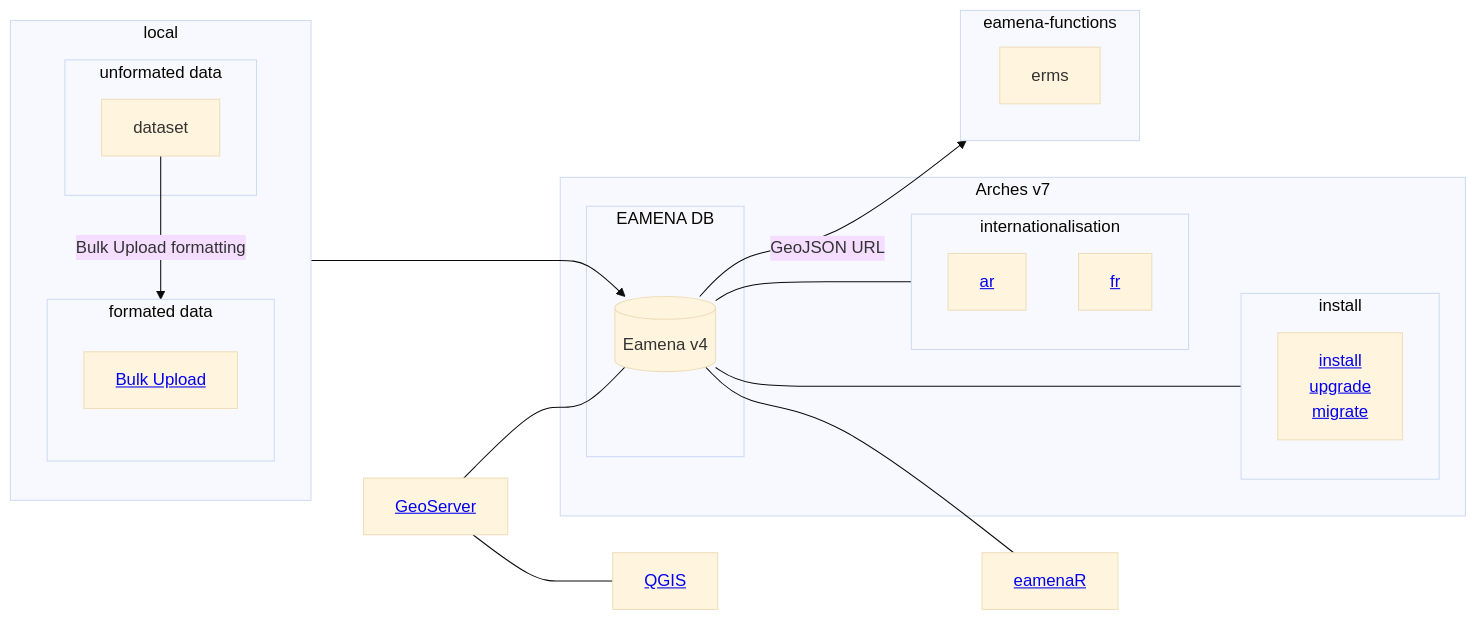
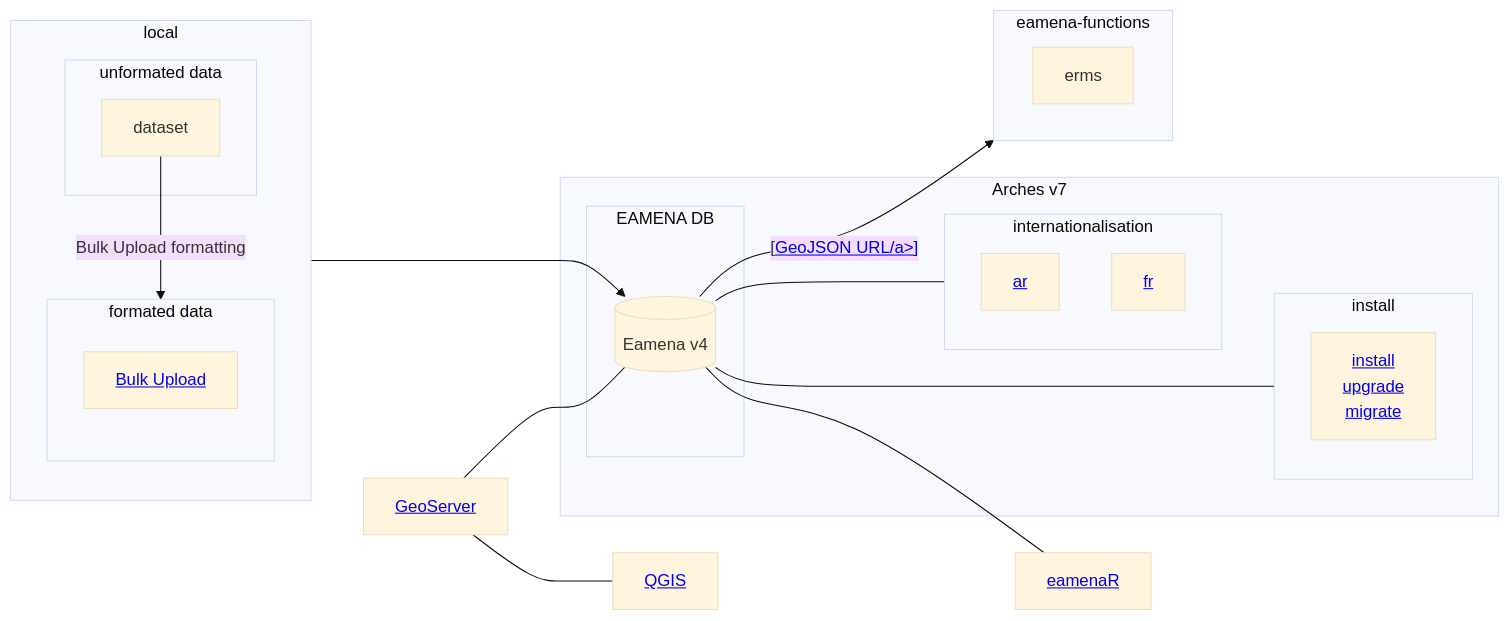
The diagram in dbs/database.eamena/README.md (eamena-project/eamena-arches-dev), drawn with Mermaid (base theme) before and after one commit. The commit also changed other lines of this file, not shown here.

Commit message:
workflow db

````diff
--- a/dbs/database.eamena/README.md
+++ b/dbs/database.eamena/README.md
@@ -5,36 +5,36 @@
 ```mermaid
 flowchart LR
   subgraph Arches v7
     subgraph EAMENA DB
     ea[(Eamena v4)]
     end
     subgraph internationalisation
       id6[<a href='https://github.com/eamena-project/eamena-arches-dev/tree/main/dbs/database.eamena/internationalisation'>ar</a>];
       id7[<a href='https://github.com/eamena-project/eamena-arches-dev/tree/main/dbs/database.eamena/internationalisation'>fr</a>];
     end 
     subgraph install
       id8[<a href='https://github.com/eamena-project/eamena-arches-dev/tree/main/dbs/database.eamena/install'>install<br>upgrade<br>migrate</a>];
     end 
   end
   id3[<a href='https://github.com/eamena-project/eamena-arches-dev/tree/main/geoserver'>GeoServer</a>] --- ea;
   id3 --- id4[<a href='https://github.com/eamena-project/eamena-arches-dev/tree/main/gis/qgis'>QGIS</a>];
   subgraph local
     direction TB
     subgraph unformated data
       id9A[dataset]
     end
     subgraph formated data
       direction TB
       id9A -- Bulk Upload formatting --> id9B[<a href='https://github.com/eamena-project/eamena-arches-dev/tree/main/data/bulk#readme'>Bulk Upload</a>]
       id9B ---> ea;
     end
   end
   subgraph eamena-functions
     direction LR
     idf1[erms]
   end
-  ea -- GeoJSON URL --> idf1
+  ea -- [<a href='query#url'>GeoJSON URL/a>] --> idf1
   ea --- id5[<a href='https://github.com/eamena-project/eamenaR'>eamenaR</a>];
   ea --- internationalisation
   ea <--- install
 ```
````
